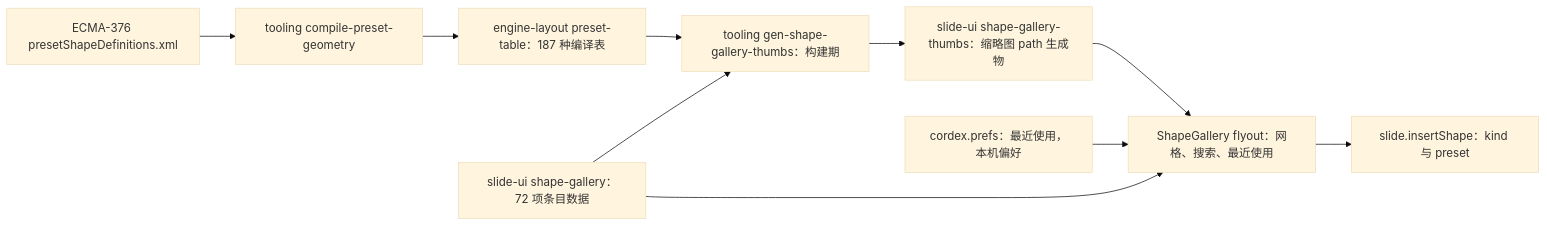
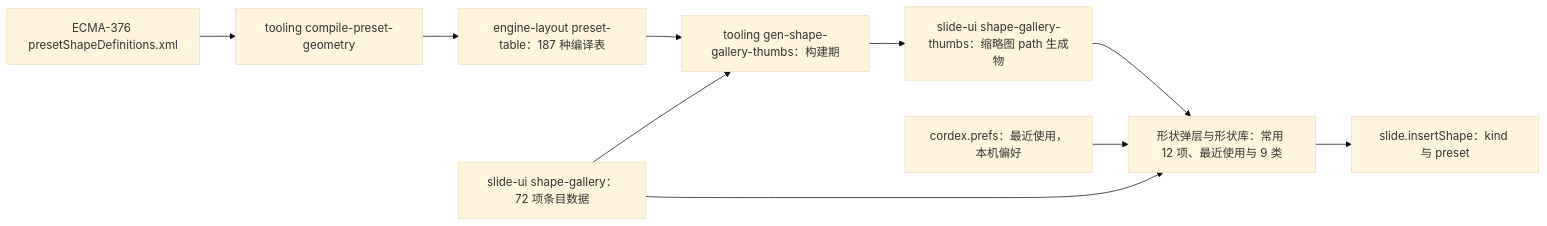
The fourth of 12 diagrams in docs/50-frontend/22-elements-shapes-and-lines.md (Xeonice/cordis-ppt-editor), drawn with Mermaid (base theme) before and after one commit. The commit also changed other lines of this file and 25 other files, not shown here.

````diff
--- a/docs/50-frontend/22-elements-shapes-and-lines.md
+++ b/docs/50-frontend/22-elements-shapes-and-lines.md
@@ -258,19 +259,19 @@
 ```mermaid
 flowchart LR
   ecma["ECMA-376 presetShapeDefinitions.xml"]
   compile["tooling compile-preset-geometry"]
   table["engine-layout preset-table：187 种编译表"]
   galleryData["slide-ui shape-gallery：72 项条目数据"]
   genThumbs["tooling gen-shape-gallery-thumbs：构建期"]
   thumbs["slide-ui shape-gallery-thumbs：缩略图 path 生成物"]
-  flyout["ShapeGallery flyout：网格、搜索、最近使用"]
+  flyout["形状弹层与形状库：常用 12 项、最近使用与 9 类"]
   recent["cordex.prefs：最近使用，本机偏好"]
   cmd["slide.insertShape：kind 与 preset"]
   ecma --> compile --> table
   table --> genThumbs
   galleryData --> genThumbs --> thumbs
   galleryData --> flyout
   thumbs --> flyout
   recent --> flyout
   flyout --> cmd
 ```
````
